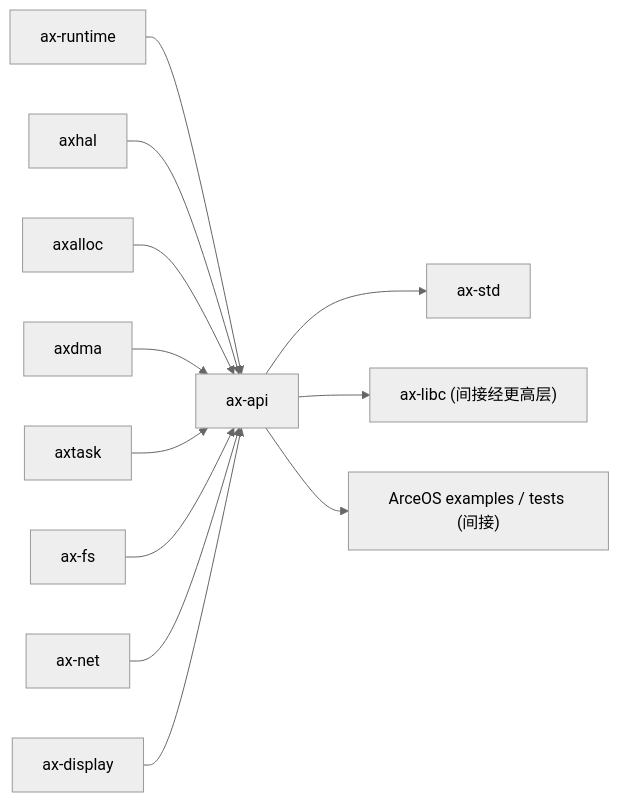
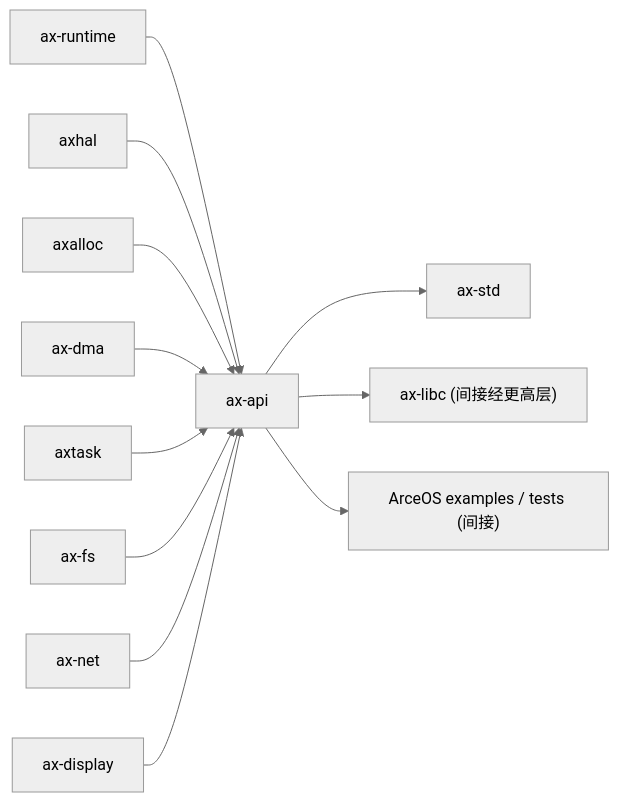
The diagram in docs/crates/arceos_api.md (zKurisu/tgoskits), drawn with Mermaid (neutral theme) before and after one commit. The commit also changed other lines of this file and 31 other files, not shown here.

Commit message:
rename axdma to ax-dma

````diff
--- a/docs/crates/arceos_api.md
+++ b/docs/crates/arceos_api.md
@@ -110,15 +110,15 @@
 ```mermaid
 graph LR
     ax-runtime["ax-runtime"] --> ax-api["ax-api"]
     axhal["axhal"] --> ax-api
     axalloc["axalloc"] --> ax-api
-    axdma["axdma"] --> ax-api
+    ax_dma["ax-dma"] --> ax-api
     axtask["axtask"] --> ax-api
     ax-fs["ax-fs"] --> ax-api
     ax-net["ax-net"] --> ax-api
     ax-display["ax-display"] --> ax-api
 
     ax-api --> ax-std["ax-std"]
     ax-api --> ax-libc["ax-libc (间接经更高层)"]
     ax-api --> arceos_examples["ArceOS examples / tests (间接)"]
 ```
````
